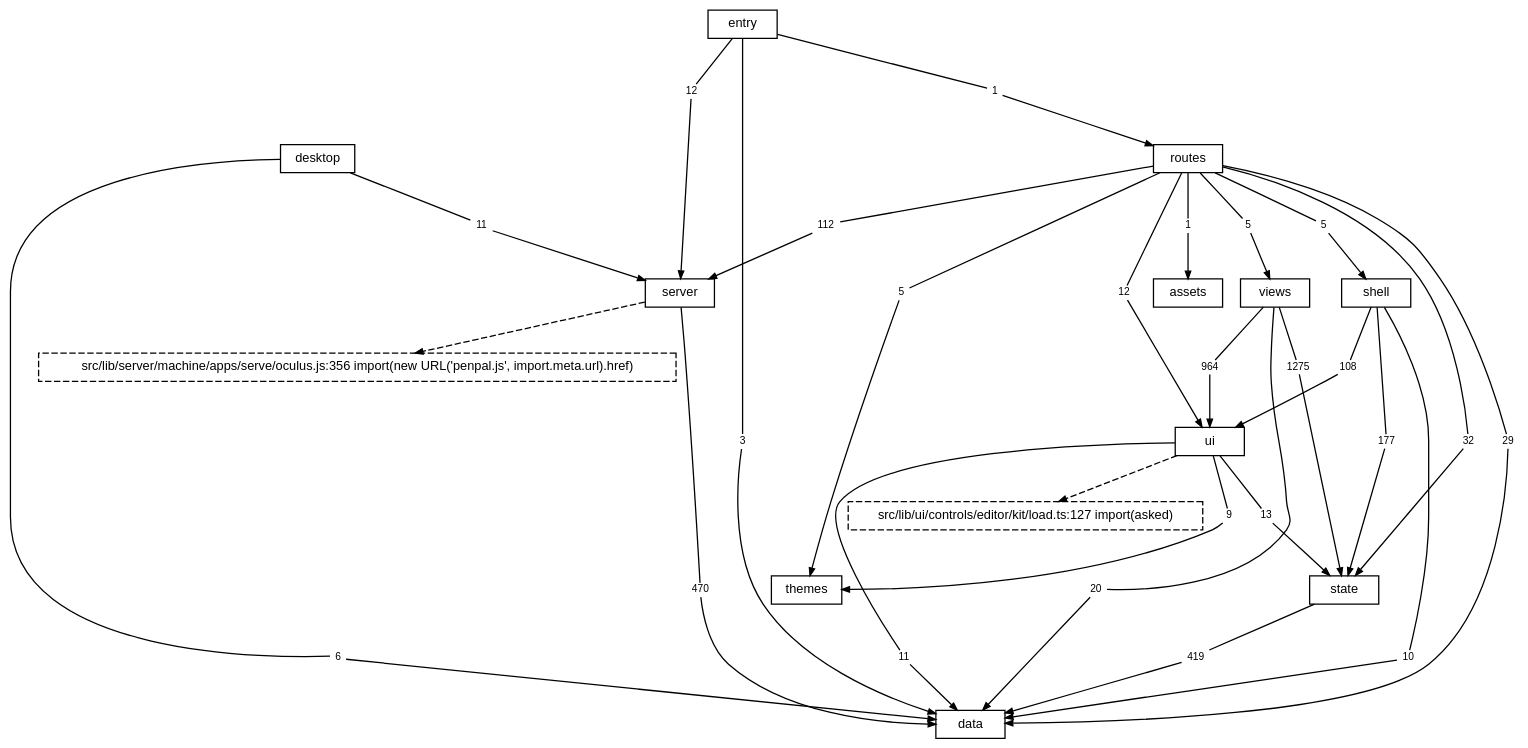
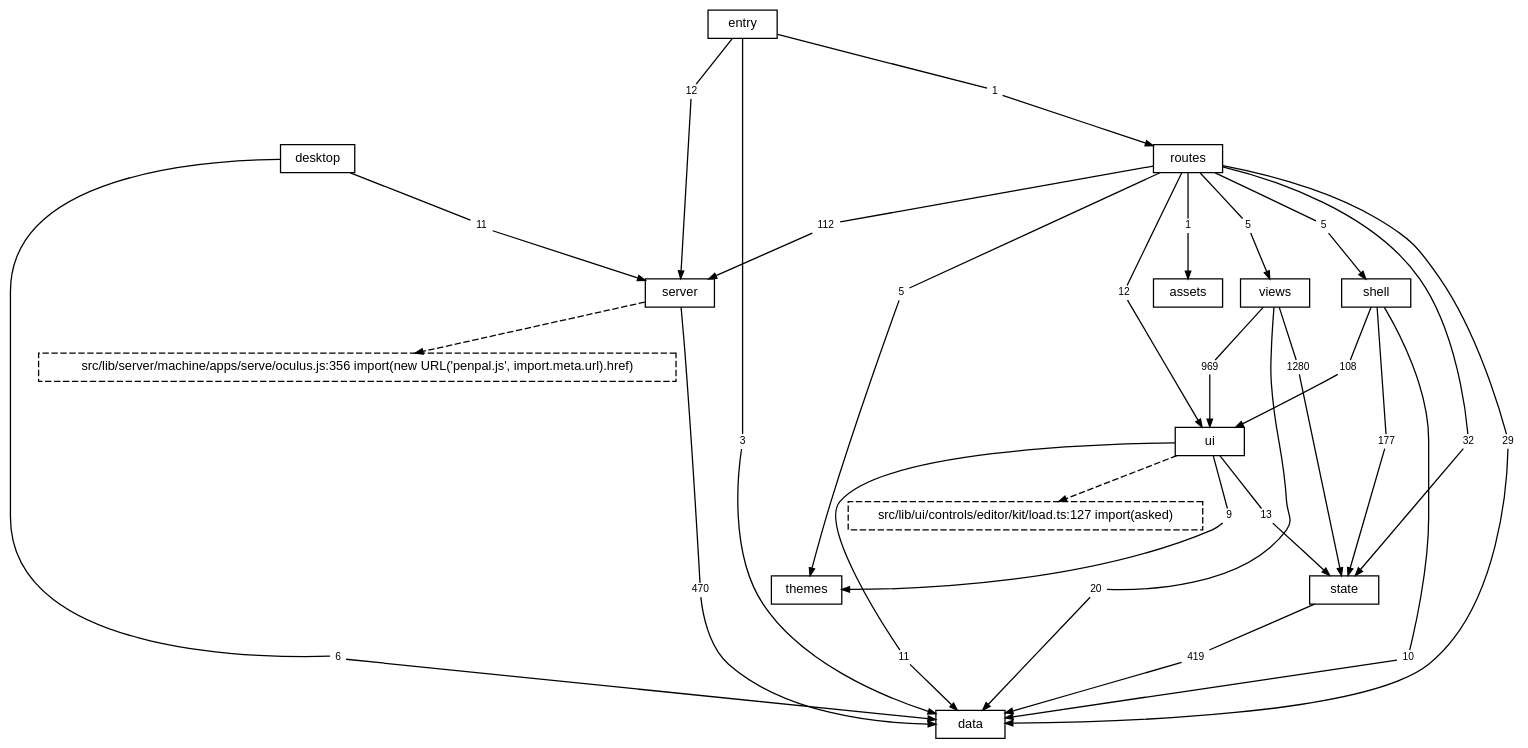
Before and after one commit to TheAxeC/oculus: the diagram in docs/diagrams/layers.dot, drawn with Graphviz. The commit also changed 80 other files, not shown here.

```diff
--- a/docs/diagrams/layers.dot
+++ b/docs/diagrams/layers.dot
@@ -1,92 +1,92 @@
 digraph layers {
     graph [bgcolor="transparent", rankdir=TB, newrank=true, fontname="Helvetica", fontsize=12, nodesep=0.2, ranksep=0.5];
     node [shape=box, color="black", fontcolor="black", fontname="Helvetica", fontsize=10, height=0.3, margin="0.12,0.04"];
     edge [color="black", fontcolor="black", fontname="Helvetica", fontsize=8, arrowsize=0.6];
     "data";
     "server";
     "state";
     "ui";
     "shell";
     "views";
     "themes";
     "routes";
     "desktop";
     "src" [label="entry"];
     "files: assets" [label="assets"];
     "? src/lib/server/machine/apps/serve/oculus.js:356" [label="src/lib/server/machine/apps/serve/oculus.js:356 import(new URL('penpal.js', import.meta.url).href)", style=dashed];
     "? src/lib/ui/controls/editor/kit/load.ts:127" [label="src/lib/ui/controls/editor/kit/load.ts:127 import(asked)", style=dashed];
     "desktop to data" [label="6", shape=box, color="transparent", fontsize=8, width=0, height=0, margin="0.04,0.02"];
     "desktop" -> "desktop to data" [arrowhead=none];
     "desktop to data" -> "data" [];
     "desktop to server" [label="11", shape=box, color="transparent", fontsize=8, width=0, height=0, margin="0.04,0.02"];
     "desktop" -> "desktop to server" [arrowhead=none];
     "desktop to server" -> "server" [];
     "routes to data" [label="29", shape=box, color="transparent", fontsize=8, width=0, height=0, margin="0.04,0.02"];
     "routes" -> "routes to data" [arrowhead=none];
     "routes to data" -> "data" [];
     "routes to files: assets" [label="1", shape=box, color="transparent", fontsize=8, width=0, height=0, margin="0.04,0.02"];
     "routes" -> "routes to files: assets" [arrowhead=none];
     "routes to files: assets" -> "files: assets" [];
     "routes to server" [label="112", shape=box, color="transparent", fontsize=8, width=0, height=0, margin="0.04,0.02"];
     "routes" -> "routes to server" [arrowhead=none];
     "routes to server" -> "server" [];
     "routes to shell" [label="5", shape=box, color="transparent", fontsize=8, width=0, height=0, margin="0.04,0.02"];
     "routes" -> "routes to shell" [arrowhead=none];
     "routes to shell" -> "shell" [];
     "routes to state" [label="32", shape=box, color="transparent", fontsize=8, width=0, height=0, margin="0.04,0.02"];
     "routes" -> "routes to state" [arrowhead=none];
     "routes to state" -> "state" [];
     "routes to themes" [label="5", shape=box, color="transparent", fontsize=8, width=0, height=0, margin="0.04,0.02"];
     "routes" -> "routes to themes" [arrowhead=none];
     "routes to themes" -> "themes" [];
     "routes to ui" [label="12", shape=box, color="transparent", fontsize=8, width=0, height=0, margin="0.04,0.02"];
     "routes" -> "routes to ui" [arrowhead=none];
     "routes to ui" -> "ui" [];
     "routes to views" [label="5", shape=box, color="transparent", fontsize=8, width=0, height=0, margin="0.04,0.02"];
     "routes" -> "routes to views" [arrowhead=none];
     "routes to views" -> "views" [];
     "server to data" [label="470", shape=box, color="transparent", fontsize=8, width=0, height=0, margin="0.04,0.02"];
     "server" -> "server to data" [arrowhead=none];
     "server to data" -> "data" [];
     "shell to data" [label="10", shape=box, color="transparent", fontsize=8, width=0, height=0, margin="0.04,0.02"];
     "shell" -> "shell to data" [arrowhead=none];
     "shell to data" -> "data" [];
     "shell to state" [label="177", shape=box, color="transparent", fontsize=8, width=0, height=0, margin="0.04,0.02"];
     "shell" -> "shell to state" [arrowhead=none];
     "shell to state" -> "state" [];
     "shell to ui" [label="108", shape=box, color="transparent", fontsize=8, width=0, height=0, margin="0.04,0.02"];
     "shell" -> "shell to ui" [arrowhead=none];
     "shell to ui" -> "ui" [];
     "src to data" [label="3", shape=box, color="transparent", fontsize=8, width=0, height=0, margin="0.04,0.02"];
     "src" -> "src to data" [arrowhead=none];
     "src to data" -> "data" [];
     "src to routes" [label="1", shape=box, color="transparent", fontsize=8, width=0, height=0, margin="0.04,0.02"];
     "src" -> "src to routes" [arrowhead=none];
     "src to routes" -> "routes" [];
     "src to server" [label="12", shape=box, color="transparent", fontsize=8, width=0, height=0, margin="0.04,0.02"];
     "src" -> "src to server" [arrowhead=none];
     "src to server" -> "server" [];
     "state to data" [label="419", shape=box, color="transparent", fontsize=8, width=0, height=0, margin="0.04,0.02"];
     "state" -> "state to data" [arrowhead=none];
     "state to data" -> "data" [];
     "ui to data" [label="11", shape=box, color="transparent", fontsize=8, width=0, height=0, margin="0.04,0.02"];
     "ui" -> "ui to data" [arrowhead=none];
     "ui to data" -> "data" [];
     "ui to state" [label="13", shape=box, color="transparent", fontsize=8, width=0, height=0, margin="0.04,0.02"];
     "ui" -> "ui to state" [arrowhead=none];
     "ui to state" -> "state" [];
     "ui to themes" [label="9", shape=box, color="transparent", fontsize=8, width=0, height=0, margin="0.04,0.02"];
     "ui" -> "ui to themes" [arrowhead=none];
     "ui to themes" -> "themes" [];
     "views to data" [label="20", shape=box, color="transparent", fontsize=8, width=0, height=0, margin="0.04,0.02"];
     "views" -> "views to data" [arrowhead=none];
     "views to data" -> "data" [];
-    "views to state" [label="1275", shape=box, color="transparent", fontsize=8, width=0, height=0, margin="0.04,0.02"];
+    "views to state" [label="1280", shape=box, color="transparent", fontsize=8, width=0, height=0, margin="0.04,0.02"];
     "views" -> "views to state" [arrowhead=none];
     "views to state" -> "state" [];
-    "views to ui" [label="964", shape=box, color="transparent", fontsize=8, width=0, height=0, margin="0.04,0.02"];
+    "views to ui" [label="969", shape=box, color="transparent", fontsize=8, width=0, height=0, margin="0.04,0.02"];
     "views" -> "views to ui" [arrowhead=none];
     "views to ui" -> "ui" [];
     "server" -> "? src/lib/server/machine/apps/serve/oculus.js:356" [style=dashed];
     "ui" -> "? src/lib/ui/controls/editor/kit/load.ts:127" [style=dashed];
 }
```
